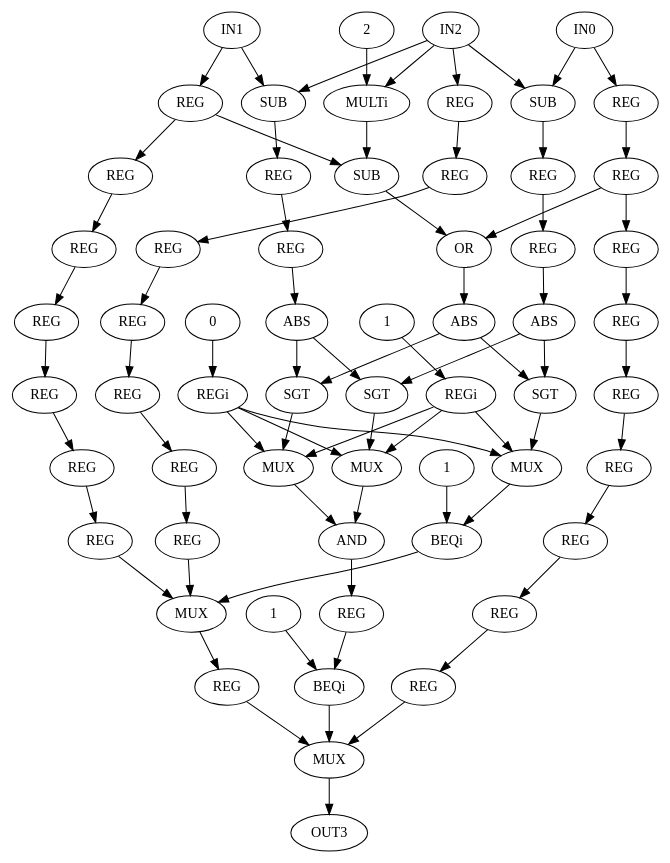
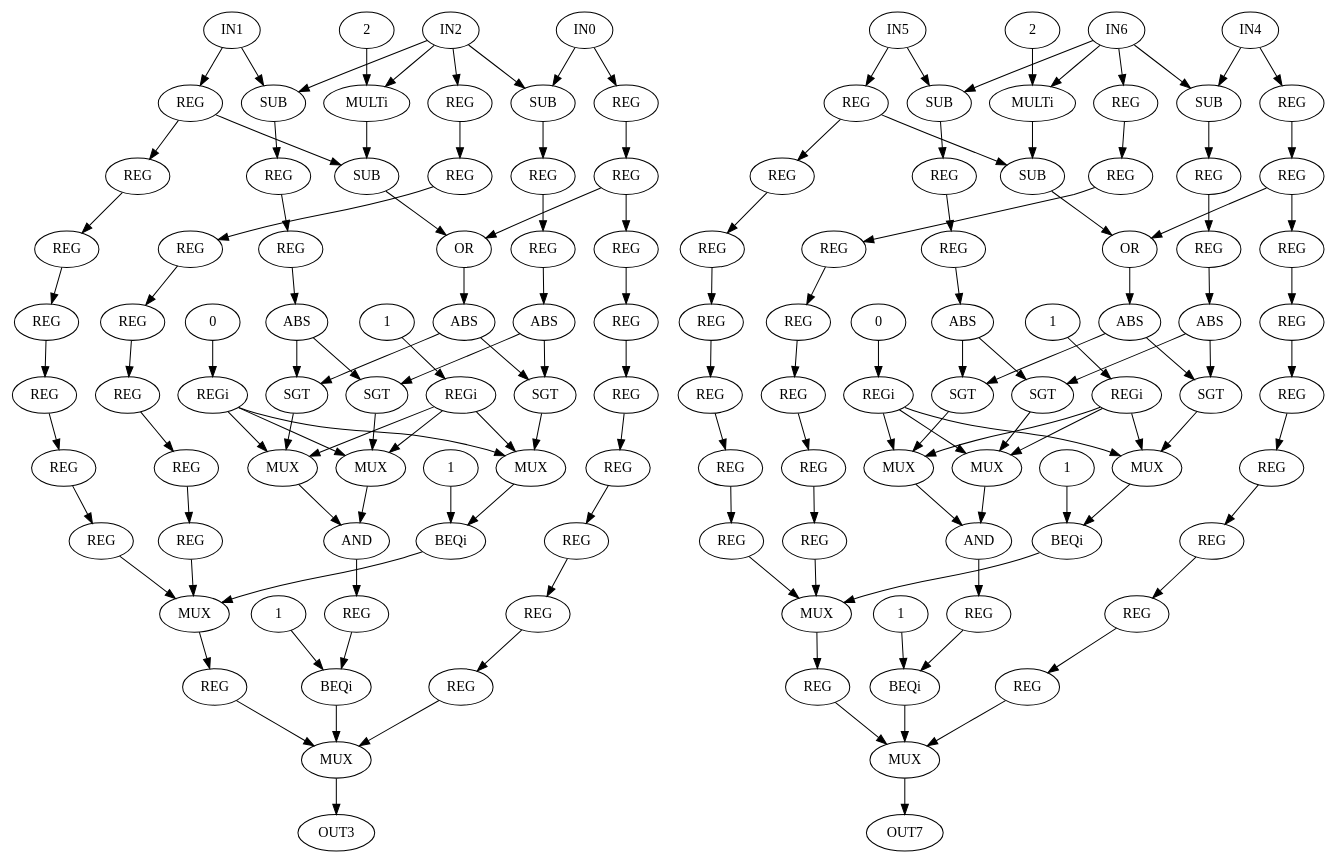
One commit to lesc-ufv/fdam changed the diagram in fdam-samples/fdam-cgra-samples/cgra_128_radix8/sw/cpp/paeth_files/paeth.dot. Above: the diagram before and after it, drawn with Graphviz. The commit also changed 14 other files, not shown here.

```diff
--- a/fdam-samples/fdam-cgra-samples/cgra_128_radix8/sw/cpp/paeth_files/paeth.dot
+++ b/fdam-samples/fdam-cgra-samples/cgra_128_radix8/sw/cpp/paeth_files/paeth.dot
@@ -3,39 +3,39 @@
  1 [ label = IN1 ]
  2 [ label = IN2 ]
  3 [ label = OUT3 ]
- 4 [ label = SUB]
- 5 [ label = SUB]
- 6 [ label = SUB]
- 7 [ label = MULTi, VALUE = 2]
- "7.2"[ label = 2 ]
- 8 [ label = OR]
- 9 [ label = SGT]
- 10 [ label = SGT]
- 11 [ label = SGT]
- 12 [ label = MUX]
- 13 [ label = MUX]
- 14 [ label = MUX]
- 15 [ label = REGi, VALUE = 1]
- "15.1"[ label = 1 ]
- 16 [ label = REGi, VALUE = 0]
- "16.0"[ label = 0 ]
- 17 [ label = AND]
- 18 [ label = REG]
- 19 [ label = REG]
- 20 [ label = REG]
- 21 [ label = REG]
- 22 [ label = ABS]
- 23 [ label = ABS]
- 24 [ label = ABS]
- 25 [ label = BEQi, VALUE = 1]
- "25.1"[ label = 1 ]
- 26 [ label = BEQi, VALUE = 1]
- "26.1"[ label = 1 ]
- 27 [ label = MUX]
- 28 [ label = REG]
- 29 [ label = REG]
- 30 [ label = REG]
- 31 [ label = REG]
+ 4 [ label = IN4 ]
+ 5 [ label = IN5 ]
+ 6 [ label = IN6 ]
+ 7 [ label = OUT7 ]
+ 8 [ label = SUB]
+ 9 [ label = SUB]
+ 10 [ label = SUB]
+ 11 [ label = MULTi, VALUE = 2]
+ "11.2"[ label = 2 ]
+ 12 [ label = OR]
+ 13 [ label = SGT]
+ 14 [ label = SGT]
+ 15 [ label = SGT]
+ 16 [ label = MUX]
+ 17 [ label = MUX]
+ 18 [ label = MUX]
+ 19 [ label = REGi, VALUE = 1]
+ "19.1"[ label = 1 ]
+ 20 [ label = REGi, VALUE = 0]
+ "20.0"[ label = 0 ]
+ 21 [ label = AND]
+ 22 [ label = REG]
+ 23 [ label = REG]
+ 24 [ label = REG]
+ 25 [ label = REG]
+ 26 [ label = ABS]
+ 27 [ label = ABS]
+ 28 [ label = ABS]
+ 29 [ label = BEQi, VALUE = 1]
+ "29.1"[ label = 1 ]
+ 30 [ label = BEQi, VALUE = 1]
+ "30.1"[ label = 1 ]
+ 31 [ label = MUX]
  32 [ label = REG]
  33 [ label = REG]
  34 [ label = REG]
@@ -55,79 +55,210 @@
  48 [ label = REG]
  49 [ label = REG]
  50 [ label = REG]
- 51 [ label = MUX]
+ 51 [ label = REG]
  52 [ label = REG]
  53 [ label = REG]
- 0 -> 28
- 0 -> 4
- 1 -> 37
- 1 -> 5
- 2 -> 44
- 2 -> 4
- 2 -> 5
- 2 -> 7
- 4 -> 18
- 5 -> 20
- 6 -> 8
- "7.2" -> 7
- 7 -> 6
- 8 -> 24
- 9 -> 12
- 10 -> 13
- 11 -> 14
- 12 -> 25
- 13 -> 17
+ 54 [ label = REG]
+ 55 [ label = MUX]
+ 56 [ label = REG]
+ 57 [ label = REG]
+ 58 [ label = SUB]
+ 59 [ label = SUB]
+ 60 [ label = SUB]
+ 61 [ label = MULTi, VALUE = 2]
+ "61.2"[ label = 2 ]
+ 62 [ label = OR]
+ 63 [ label = SGT]
+ 64 [ label = SGT]
+ 65 [ label = SGT]
+ 66 [ label = MUX]
+ 67 [ label = MUX]
+ 68 [ label = MUX]
+ 69 [ label = REGi, VALUE = 1]
+ "69.1"[ label = 1 ]
+ 70 [ label = REGi, VALUE = 0]
+ "70.0"[ label = 0 ]
+ 71 [ label = AND]
+ 72 [ label = REG]
+ 73 [ label = REG]
+ 74 [ label = REG]
+ 75 [ label = REG]
+ 76 [ label = ABS]
+ 77 [ label = ABS]
+ 78 [ label = ABS]
+ 79 [ label = BEQi, VALUE = 1]
+ "79.1"[ label = 1 ]
+ 80 [ label = BEQi, VALUE = 1]
+ "80.1"[ label = 1 ]
+ 81 [ label = MUX]
+ 82 [ label = REG]
+ 83 [ label = REG]
+ 84 [ label = REG]
+ 85 [ label = REG]
+ 86 [ label = REG]
+ 87 [ label = REG]
+ 88 [ label = REG]
+ 89 [ label = REG]
+ 90 [ label = REG]
+ 91 [ label = REG]
+ 92 [ label = REG]
+ 93 [ label = REG]
+ 94 [ label = REG]
+ 95 [ label = REG]
+ 96 [ label = REG]
+ 97 [ label = REG]
+ 98 [ label = REG]
+ 99 [ label = REG]
+ 100 [ label = REG]
+ 101 [ label = REG]
+ 102 [ label = REG]
+ 103 [ label = REG]
+ 104 [ label = REG]
+ 105 [ label = MUX]
+ 106 [ label = REG]
+ 107 [ label = REG]
+ 0 -> 32
+ 0 -> 8
+ 1 -> 41
+ 1 -> 9
+ 2 -> 48
+ 2 -> 8
+ 2 -> 9
+ 2 -> 11
+ 4 -> 82
+ 4 -> 58
+ 5 -> 91
+ 5 -> 59
+ 6 -> 98
+ 6 -> 58
+ 6 -> 59
+ 6 -> 61
+ 8 -> 22
+ 9 -> 24
+ 10 -> 12
+ "11.2" -> 11
+ 11 -> 10
+ 12 -> 28
+ 13 -> 16
  14 -> 17
- "15.1" -> 15
- 15 -> 12
- 15 -> 13
- 15 -> 14
- "16.0" -> 16
- 16 -> 12
- 16 -> 13
- 16 -> 14
- 17 -> 52
- 18 -> 19
- 19 -> 23
- 20 -> 21
- 21 -> 22
- 22 -> 10
- 22 -> 11
- 23 -> 9
- 23 -> 11
- 24 -> 9
- 24 -> 10
- "25.1" -> 25
- 25 -> 27
- "26.1" -> 26
- 26 -> 51
- 27 -> 53
- 28 -> 29
- 29 -> 30
- 29 -> 8
- 30 -> 31
- 31 -> 32
+ 15 -> 18
+ 16 -> 29
+ 17 -> 21
+ 18 -> 21
+ "19.1" -> 19
+ 19 -> 16
+ 19 -> 17
+ 19 -> 18
+ "20.0" -> 20
+ 20 -> 16
+ 20 -> 17
+ 20 -> 18
+ 21 -> 56
+ 22 -> 23
+ 23 -> 27
+ 24 -> 25
+ 25 -> 26
+ 26 -> 14
+ 26 -> 15
+ 27 -> 13
+ 27 -> 15
+ 28 -> 13
+ 28 -> 14
+ "29.1" -> 29
+ 29 -> 31
+ "30.1" -> 30
+ 30 -> 55
+ 31 -> 57
  32 -> 33
  33 -> 34
+ 33 -> 12
  34 -> 35
  35 -> 36
- 36 -> 51
+ 36 -> 37
  37 -> 38
- 37 -> 6
  38 -> 39
  39 -> 40
- 40 -> 41
+ 40 -> 55
  41 -> 42
+ 41 -> 10
  42 -> 43
- 43 -> 27
+ 43 -> 44
  44 -> 45
  45 -> 46
  46 -> 47
- 47 -> 48
+ 47 -> 31
  48 -> 49
  49 -> 50
- 50 -> 27
- 51 -> 3
- 52 -> 26
- 53 -> 51
+ 50 -> 51
+ 51 -> 52
+ 52 -> 53
+ 53 -> 54
+ 54 -> 31
+ 55 -> 3
+ 56 -> 30
+ 57 -> 55
+ 58 -> 72
+ 59 -> 74
+ 60 -> 62
+ "61.2" -> 61
+ 61 -> 60
+ 62 -> 78
+ 63 -> 66
+ 64 -> 67
+ 65 -> 68
+ 66 -> 79
+ 67 -> 71
+ 68 -> 71
+ "69.1" -> 69
+ 69 -> 66
+ 69 -> 67
+ 69 -> 68
+ "70.0" -> 70
+ 70 -> 66
+ 70 -> 67
+ 70 -> 68
+ 71 -> 106
+ 72 -> 73
+ 73 -> 77
+ 74 -> 75
+ 75 -> 76
+ 76 -> 64
+ 76 -> 65
+ 77 -> 63
+ 77 -> 65
+ 78 -> 63
+ 78 -> 64
+ "79.1" -> 79
+ 79 -> 81
+ "80.1" -> 80
+ 80 -> 105
+ 81 -> 107
+ 82 -> 83
+ 83 -> 84
+ 83 -> 62
+ 84 -> 85
+ 85 -> 86
+ 86 -> 87
+ 87 -> 88
+ 88 -> 89
+ 89 -> 90
+ 90 -> 105
+ 91 -> 92
+ 91 -> 60
+ 92 -> 93
+ 93 -> 94
+ 94 -> 95
+ 95 -> 96
+ 96 -> 97
+ 97 -> 81
+ 98 -> 99
+ 99 -> 100
+ 100 -> 101
+ 101 -> 102
+ 102 -> 103
+ 103 -> 104
+ 104 -> 81
+ 105 -> 7
+ 106 -> 80
+ 107 -> 105
 }
```
